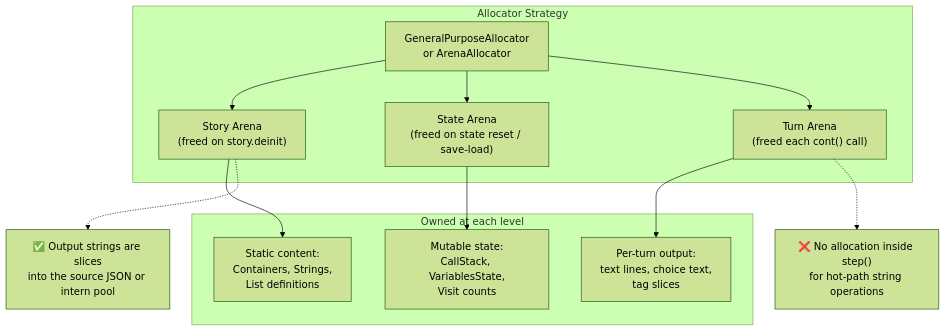
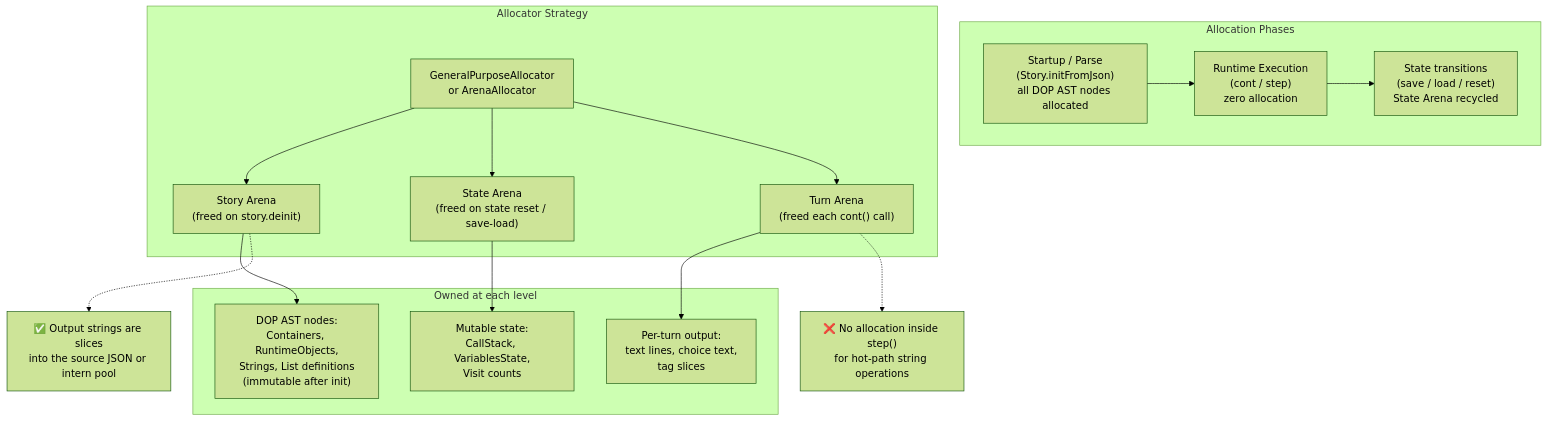
Before and after one commit to KreaturaArt/inkz: the eighth of 8 diagrams in docs/Architecture.md, drawn with Mermaid (forest theme). The commit also changed other lines of this file and 2 other files, not shown here.

First line of the commit message:
(docs) update architecture to reflect shared DOP AST and zero runtime allocation

````diff
--- a/docs/Architecture.md
+++ b/docs/Architecture.md
@@ -393,24 +393,32 @@
 ```mermaid
 flowchart TD
+    subgraph Phases["Allocation Phases"]
+        direction LR
+        P1["Startup / Parse\n(Story.initFromJson)\nall DOP AST nodes allocated"]
+        P2["Runtime Execution\n(cont / step)\nzero allocation"]
+        P3["State transitions\n(save / load / reset)\nState Arena recycled"]
+        P1 --> P2 --> P3
+    end
+
     subgraph Arenas["Allocator Strategy"]
         GA["GeneralPurposeAllocator\nor ArenaAllocator"]
         StoryArena["Story Arena\n(freed on story.deinit)"]
         StateArena["State Arena\n(freed on state reset / save-load)"]
         TurnArena["Turn Arena\n(freed each cont() call)"]
     end
 
     GA --> StoryArena
     GA --> StateArena
     GA --> TurnArena
 
     subgraph Owned["Owned at each level"]
-        StoryArena --> SC["Static content:\nContainers, Strings,\nList definitions"]
+        StoryArena --> SC["DOP AST nodes:\nContainers, RuntimeObjects,\nStrings, List definitions\n(immutable after init)"]
         StateArena --> SS["Mutable state:\nCallStack, VariablesState,\nVisit counts"]
         TurnArena --> SO["Per-turn output:\ntext lines, choice text,\ntag slices"]
     end
 
     note1["❌ No allocation inside step()\nfor hot-path string operations"]
     note2["✅ Output strings are slices\ninto the source JSON or intern pool"]
     TurnArena -.-> note1
     StoryArena -.-> note2
 ```
````
